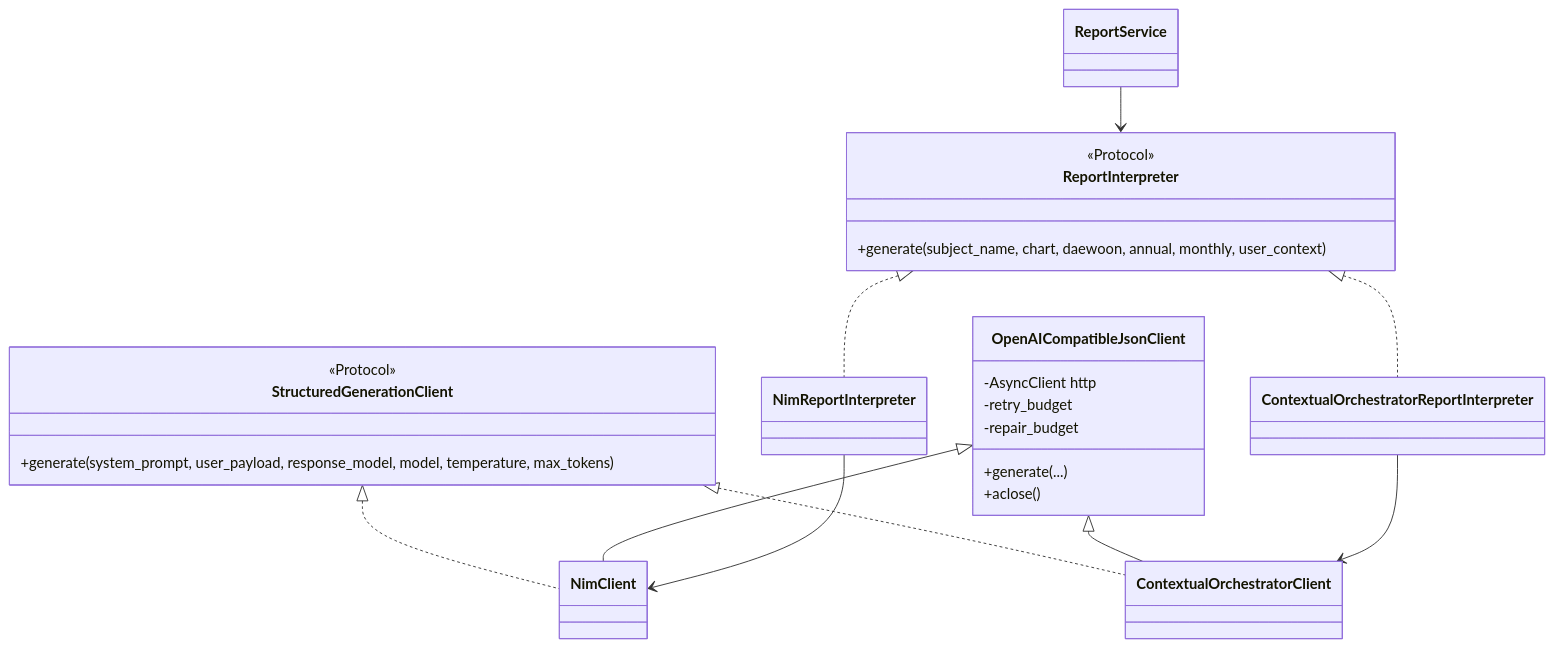
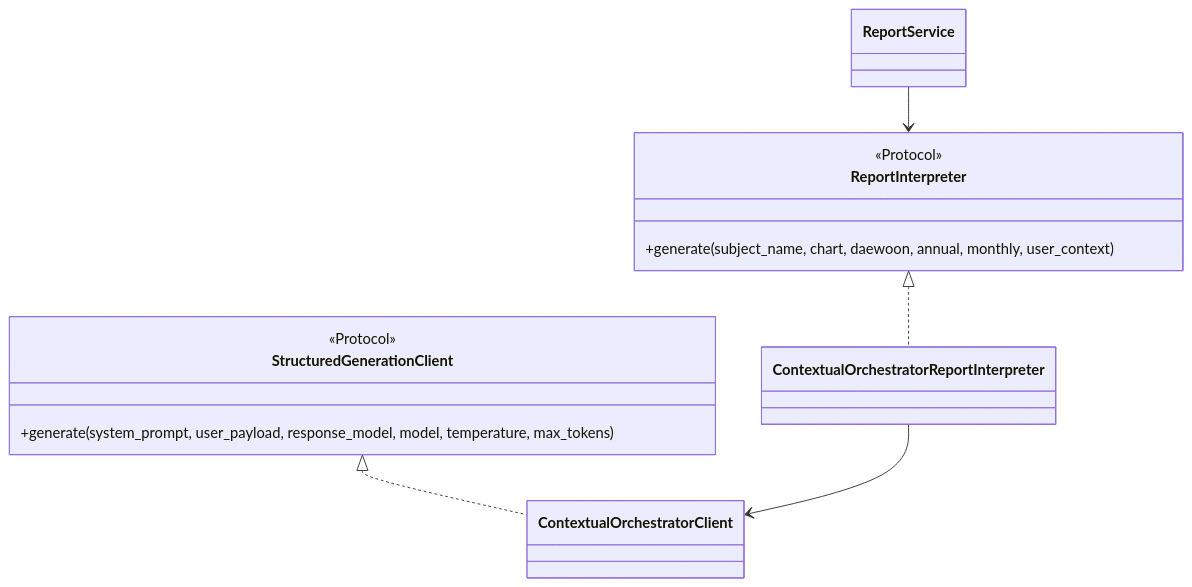
One commit to ContextualWisdomLab/four-pillars changed the second of 7 diagrams in docs/uml/architecture.md. Above: the diagram before and after it, drawn with Mermaid. The commit also changed other lines of this file, not shown here.

Commit message:
docs(uml): show orchestration ACL as the only product LLM path

````diff
--- a/docs/uml/architecture.md
+++ b/docs/uml/architecture.md
@@ -35,33 +32,19 @@
 ```mermaid
 classDiagram
   class StructuredGenerationClient {
     <<Protocol>>
     +generate(system_prompt, user_payload, response_model, model, temperature, max_tokens)
   }
-  class OpenAICompatibleJsonClient {
-    -AsyncClient http
-    -retry_budget
-    -repair_budget
-    +generate(...)
-    +aclose()
-  }
-  class NimClient
   class ContextualOrchestratorClient
   class ReportInterpreter {
     <<Protocol>>
     +generate(subject_name, chart, daewoon, annual, monthly, user_context)
   }
-  class NimReportInterpreter
   class ContextualOrchestratorReportInterpreter
   class ReportService
 
-  StructuredGenerationClient <|.. NimClient
   StructuredGenerationClient <|.. ContextualOrchestratorClient
-  OpenAICompatibleJsonClient <|-- NimClient
-  OpenAICompatibleJsonClient <|-- ContextualOrchestratorClient
-  ReportInterpreter <|.. NimReportInterpreter
   ReportInterpreter <|.. ContextualOrchestratorReportInterpreter
-  NimReportInterpreter --> NimClient
   ContextualOrchestratorReportInterpreter --> ContextualOrchestratorClient
   ReportService --> ReportInterpreter
 ```
````
